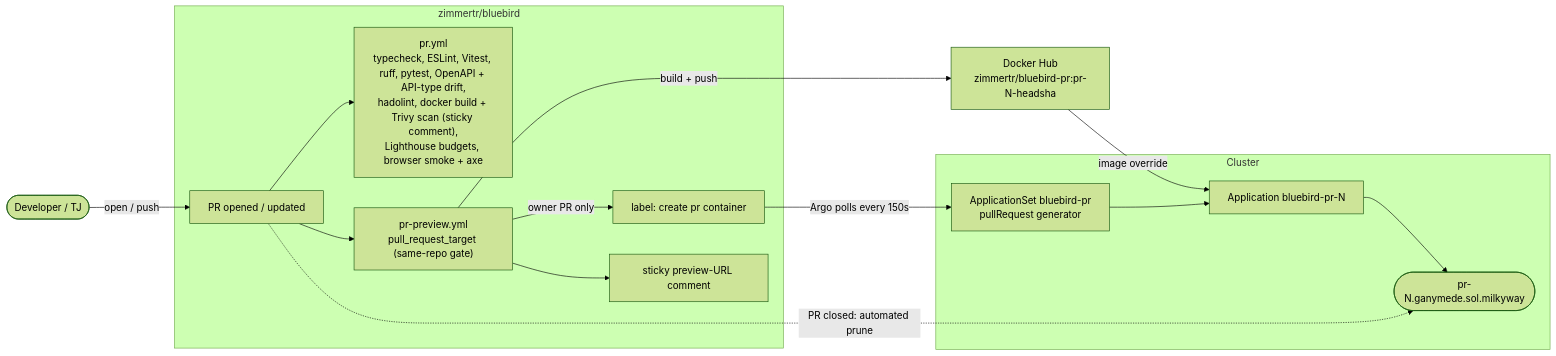
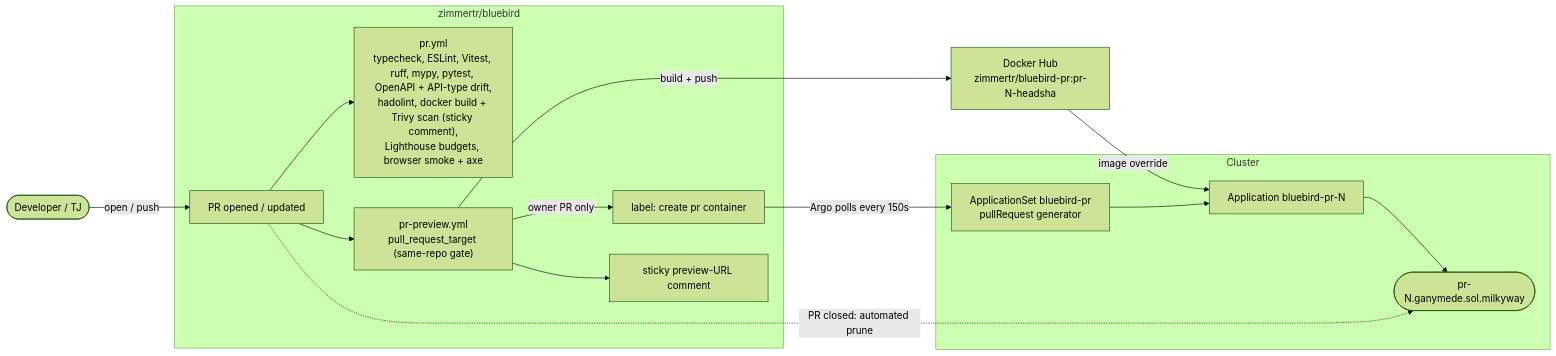
Before and after one commit to zimmertr/bluebird: the fourth of 6 diagrams in docs/CICD.md, drawn with Mermaid (forest theme). The commit also changed 19 other files, not shown here.

````diff
--- a/docs/CICD.md
+++ b/docs/CICD.md
@@ -675,32 +675,32 @@
 ```mermaid
 flowchart LR
     dev(["Developer / TJ"])
 
     subgraph BB["zimmertr/bluebird"]
         pr["PR opened / updated"]
-        checks["pr.yml<br/>typecheck, ESLint, Vitest, ruff, pytest, OpenAPI + API-type drift,<br/>hadolint, docker build + Trivy scan (sticky comment),<br/>Lighthouse budgets, browser smoke + axe"]
+        checks["pr.yml<br/>typecheck, ESLint, Vitest, ruff, mypy, pytest, OpenAPI + API-type drift,<br/>hadolint, docker build + Trivy scan (sticky comment),<br/>Lighthouse budgets, browser smoke + axe"]
         preview["pr-preview.yml<br/>pull_request_target (same-repo gate)"]
         label["label: create pr container"]
         comment["sticky preview-URL comment"]
     end
 
     dhpr["Docker Hub<br/>zimmertr/bluebird-pr:pr-N-headsha"]
 
     subgraph CL["Cluster"]
         appset["ApplicationSet bluebird-pr<br/>pullRequest generator"]
         app["Application bluebird-pr-N"]
         env(["pr-N.ganymede.sol.milkyway"])
     end
 
     dev -->|open / push| pr
     pr --> checks
     pr --> preview
     preview -->|build + push| dhpr
     preview -->|owner PR only| label
     preview --> comment
     label -->|Argo polls every 150s| appset
     appset --> app
     dhpr -->|image override| app
     app --> env
     pr -.->|PR closed: automated prune| env
 ```
````
